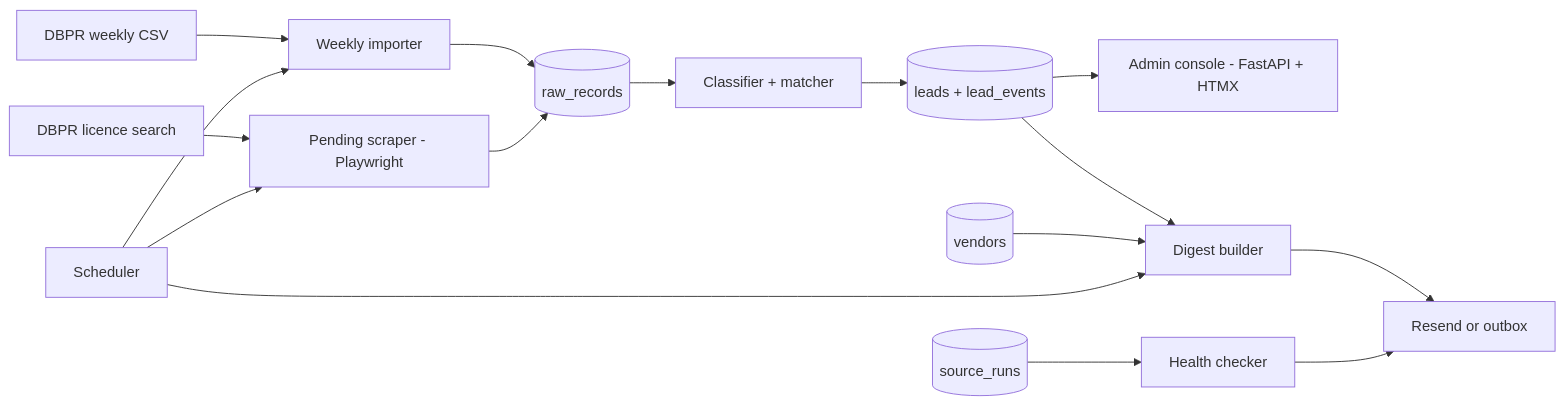
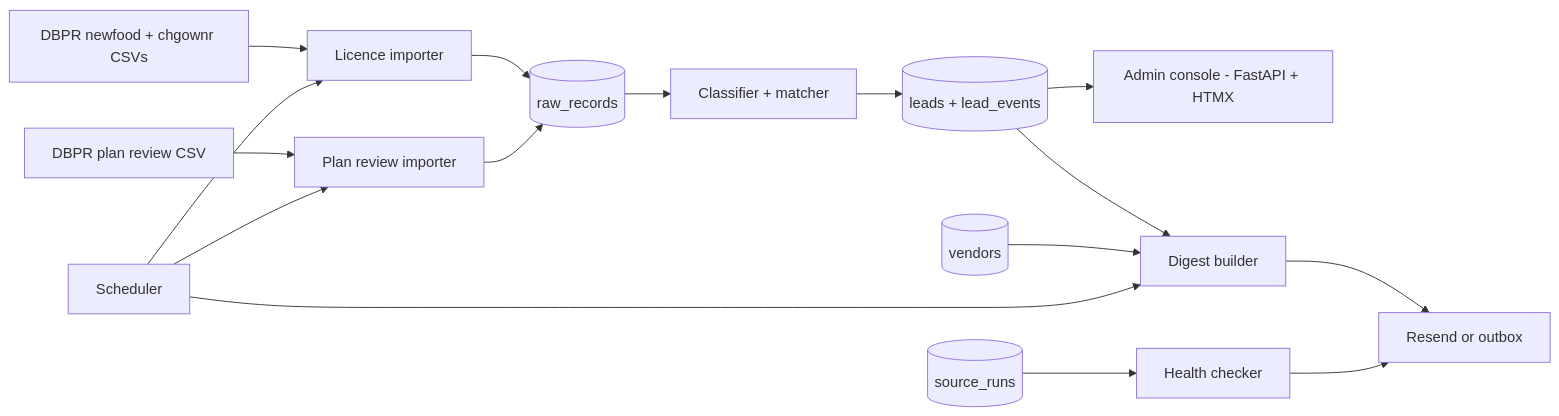
Before and after one commit to dkmiller321/openingsoonfl: the diagram in docs/PRD.md, drawn with Mermaid. The commit also changed other lines of this file and 9 other files, not shown here.

First line of the commit message:
spike: DBPR sources found; plan-review CSV replaces licence-search scrape

````diff
--- a/docs/PRD.md
+++ b/docs/PRD.md
@@ -176,18 +179,18 @@
 ```mermaid
 flowchart LR
-  W[DBPR weekly CSV] --> IMP[Weekly importer]
-  S[DBPR licence search] --> SCR[Pending scraper - Playwright]
+  W[DBPR newfood + chgownr CSVs] --> IMP[Licence importer]
+  S[DBPR plan review CSV] --> SCR[Plan review importer]
   IMP --> RAW[(raw_records)]
   SCR --> RAW
   RAW --> M[Classifier + matcher]
   M --> L[(leads + lead_events)]
   L --> ADM[Admin console - FastAPI + HTMX]
   L --> DIG[Digest builder]
   V[(vendors)] --> DIG
   DIG --> MAIL[Resend or outbox]
   SCH[Scheduler] --> IMP
   SCH --> SCR
   SCH --> DIG
   RUNS[(source_runs)] --> H[Health checker]
   H --> MAIL
 ```
````
